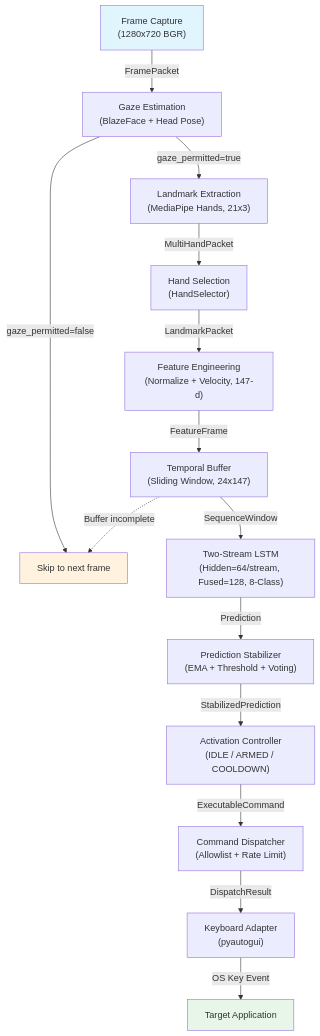
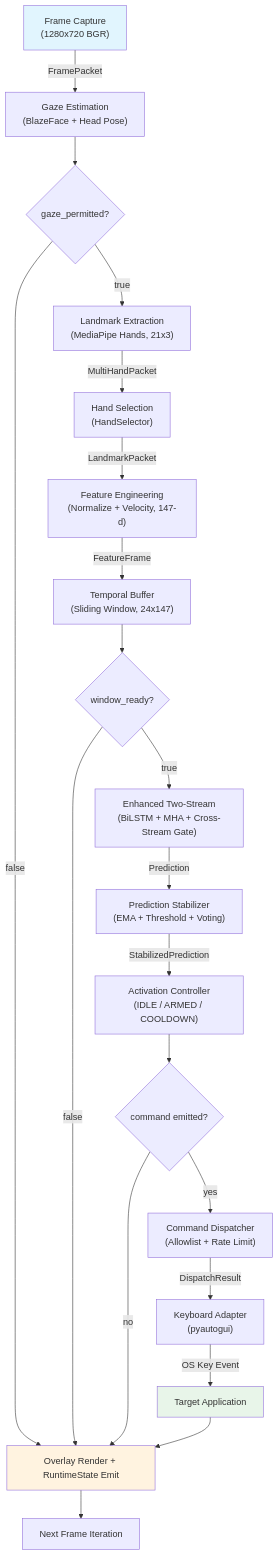
The first of 2 diagrams in docs/architecture/data-flow.md (ntsrigaud/Maestro), drawn with Mermaid before and after one commit. The commit also changed other lines of this file and 6 other files, not shown here.

First line of the commit message:
docs(model): align architectural documents with new model defaults

````diff
--- a/docs/architecture/data-flow.md
+++ b/docs/architecture/data-flow.md
@@ -9,21 +9,26 @@
 ```mermaid
 graph TD
     A["Frame Capture<br/>(1280x720 BGR)"] -->|FramePacket| B["Gaze Estimation<br/>(BlazeFace + Head Pose)"]
-    B -->|gaze_permitted=false| Z["Skip to next frame"]
-    B -->|gaze_permitted=true| C["Landmark Extraction<br/>(MediaPipe Hands, 21x3)"]
+    B --> Gz{"gaze_permitted?"}
+    Gz -->|false| O["Overlay Render + RuntimeState Emit"]
+    Gz -->|true| C["Landmark Extraction<br/>(MediaPipe Hands, 21x3)"]
     C -->|MultiHandPacket| Cs["Hand Selection<br/>(HandSelector)"]
     Cs -->|LandmarkPacket| D["Feature Engineering<br/>(Normalize + Velocity, 147-d)"]
     D -->|FeatureFrame| E["Temporal Buffer<br/>(Sliding Window, 24x147)"]
-    E -->|SequenceWindow| F["Two-Stream LSTM<br/>(Hidden=64/stream, Fused=128, 8-Class)"]
+    E --> Wr{"window_ready?"}
+    Wr -->|false| O
+    Wr -->|true| F["Enhanced Two-Stream<br/>(BiLSTM + MHA + Cross-Stream Gate)"]
     F -->|Prediction| G["Prediction Stabilizer<br/>(EMA + Threshold + Voting)"]
     G -->|StabilizedPrediction| H["Activation Controller<br/>(IDLE / ARMED / COOLDOWN)"]
-    H -->|ExecutableCommand| I["Command Dispatcher<br/>(Allowlist + Rate Limit)"]
+    H --> Cm{"command emitted?"}
+    Cm -->|no| O
+    Cm -->|yes| I["Command Dispatcher<br/>(Allowlist + Rate Limit)"]
     I -->|DispatchResult| J["Keyboard Adapter<br/>(pyautogui)"]
     J -->|OS Key Event| K["Target Application"]
-
-    E -.->|Buffer incomplete| Z
+    K --> O
+    O --> N["Next Frame Iteration"]
 
     style A fill:#e1f5fe
     style K fill:#e8f5e9
-    style Z fill:#fff3e0
+    style O fill:#fff3e0
 ```
````
